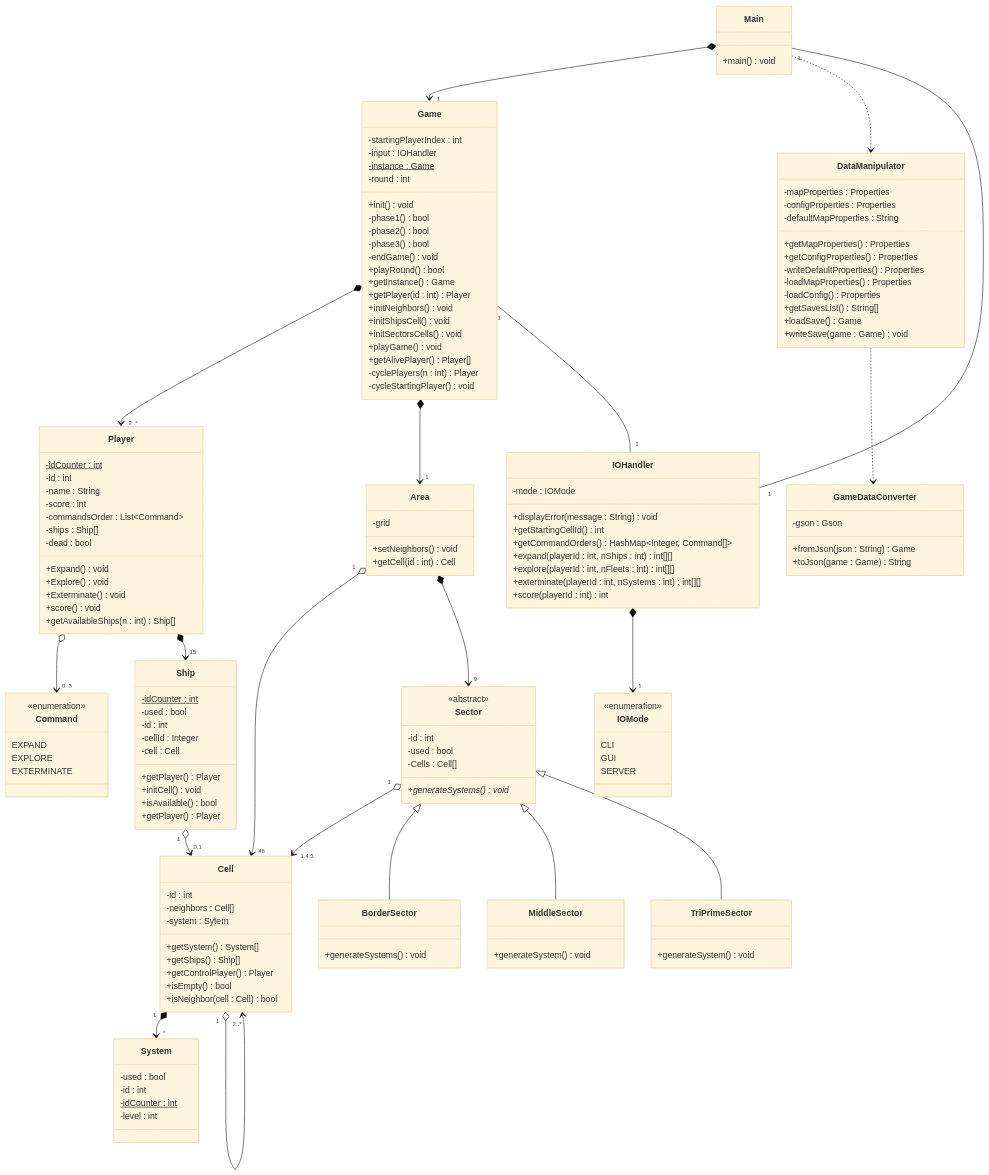
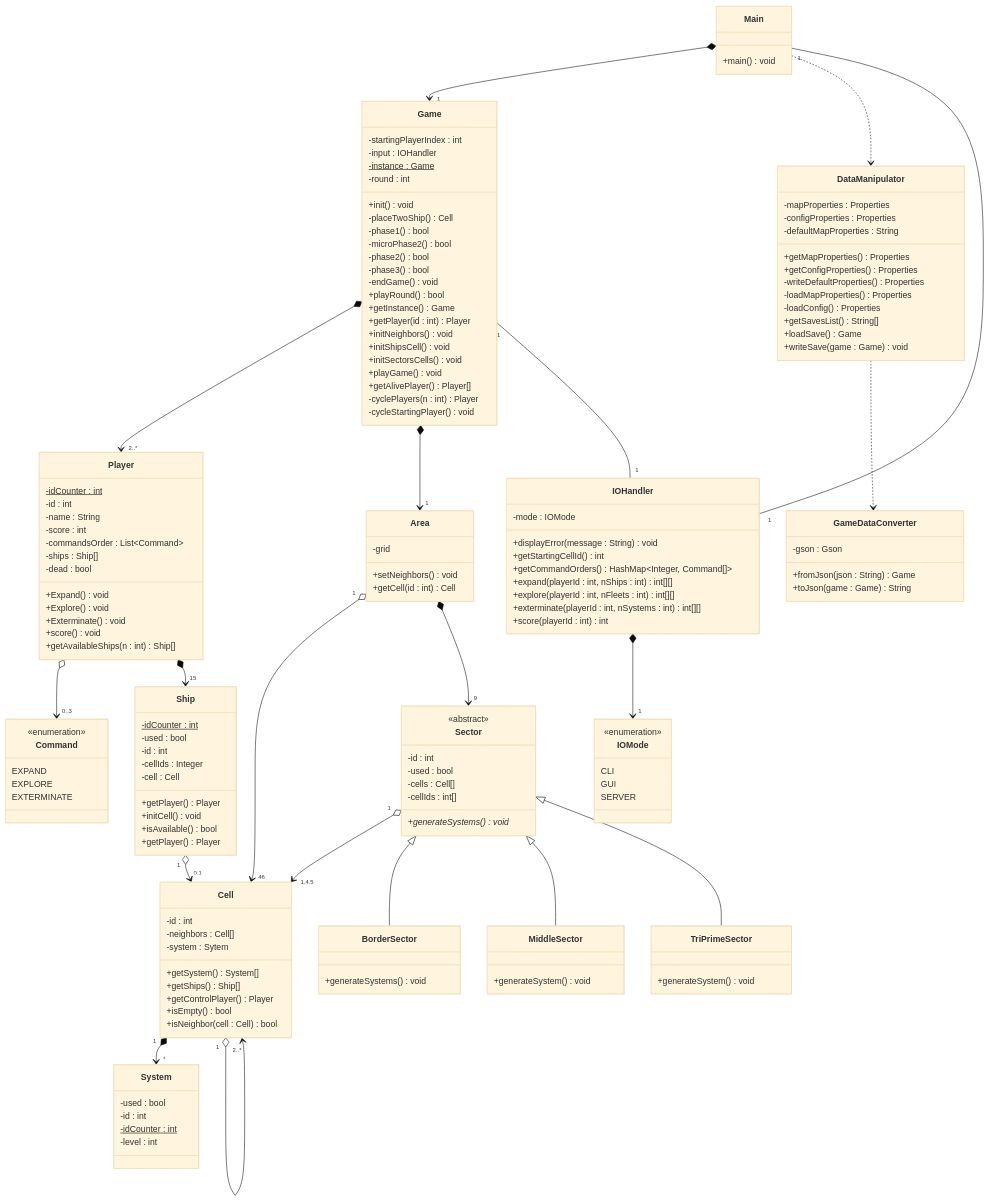
The diagram in UML/class.mermaid (LeoCholvy/PocketImperium), drawn with Mermaid (base theme) before and after one commit. The commit also changed 1 other file, not shown here.

```diff
--- a/UML/class.mermaid
+++ b/UML/class.mermaid
@@ -1,171 +1,174 @@
 classDiagram
     class Main {
         +main() void
     }
 
     class Game {
         -startingPlayerIndex : int
         -input : IOHandler
         -instance : Game$
         -round : int
         +init() void
+        -placeTwoShip() Cell
         -phase1() bool
+        -microPhase2() bool
         -phase2() bool
         -phase3() bool
         -endGame() void
         +playRound() bool
         +getInstance() Game
         +getPlayer(id : int) Player
         +initNeighbors() void
         +initShipsCell() void
         +initSectorsCells() void
         +playGame() void
         +getAlivePlayer() Player[]
         -cyclePlayers(n : int) Player
         -cycleStartingPlayer() void
     }
     class Player {
         -idCounter : int$
         -id : int
         -name : String
         -score : int
         -commandsOrder : List~Command~
         -ships : Ship[]
         -dead : bool
         +Expand() void
         +Explore() void
         +Exterminate() void
         +score() void
         +getAvailableShips(n : int) Ship[]
     }
     class Command{
         <<enumeration>>
         EXPAND
         EXPLORE
         EXTERMINATE
     }
     Player o--> "0..3" Command
     class Area {
         -grid
         +setNeighbors() void
         +getCell(id : int) Cell
     }
     class Sector {
         <<abstract>>
         -id : int
         -used : bool
-        -Cells : Cell[]
+        -cells : Cell[]
+        -cellIds : int[]
         +generateSystems() void*
     }
     class BorderSector {
         +generateSystems() void
     }
     class MiddleSector {
         +generateSystem() void
     }
     class TriPrimeSector {
         +generateSystem() void
     }
     class System {
         -used : bool
         -id : int
         -idCounter : int$
         -level : int
     }
     class Ship {
         -idCounter : int$
         -used : bool
         -id : int
-        -cellId : Integer
+        -cellIds : Integer
         -cell : Cell
         +getPlayer() Player
         +initCell() void
         +isAvailable() bool
         +getPlayer() Player
     }
     class Cell {
         -id : int
         -neighbors : Cell[]
         -system : Sytem
         +getSystem() System[]
         +getShips() Ship[]
         +getControlPlayer() Player
         +isEmpty() bool
         +isNeighbor(cell : Cell) bool
     }
 
     Game *--> "2..*" Player
     Game *--> "1" Area
     Main *--> "1" Game
     Area "1" o--> "46" Cell
     Sector "1" o--> "1,4,5" Cell
     Sector <|-- BorderSector
     Sector <|-- MiddleSector
     Sector <|-- TriPrimeSector
     Cell "1" *--> "*" System
     Player *--> "15" Ship
     Area *--> "9" Sector
     Ship "1" o--> "0,1" Cell
     Cell "1" o--> "2..*" Cell
 
     class IOHandler {
         -mode : IOMode
         +displayError(message : String) void
         +getStartingCellId() int
         +getCommandOrders() HashMap~Integer, Command[]~
         +expand(playerId : int, nShips : int) int[][]
         %% [[CellId, nShips], ...]
         +explore(playerId : int, nFleets : int) int[][]
         %% [[CellId, ship1Id, ship2Id, ...], ...]
         +exterminate(playerId : int, nSystems : int) int[][]
         %% [[SystemId, ship1Id, ship2Id, ...], ...]
         +score(playerId : int) int
     }
     class IOMode {
         <<enumeration>>
         CLI
         GUI
         SERVER
     }
     IOHandler *--> "1" IOMode
 
 
     class GameDataConverter {
         +fromJson(json : String) Game
         +toJson(game : Game) String
         -gson : Gson
     }
     class DataManipulator {
         -mapProperties : Properties
         -configProperties : Properties
         +getMapProperties() Properties
         +getConfigProperties() Properties
         -defaultMapProperties : String
         -writeDefaultProperties() Properties
         -loadMapProperties() Properties
         -loadConfig() Properties
         +getSavesList() String[]
         +loadSave() Game
         +writeSave(game : Game) void
     }
     Main ..> DataManipulator
     Main "1" -- "1" IOHandler
     Game "1" -- "1" IOHandler
     DataManipulator ..> GameDataConverter
 
 
 %%    %% pas sur de laisser ces fleches
 %%    class CLI {
 %%        }
 %%    class GUI {
 %%        }
 %%    IOHandler --> CLI
 %%    IOHandler --> GUI
 %%    class Server {
 %%
 %%    }
 %%    class ServerClientInterface {
 %%
 %%    }
 %%    IOHandler --> Server
 %%    ServerClientInterface <-- Server : implements
```
